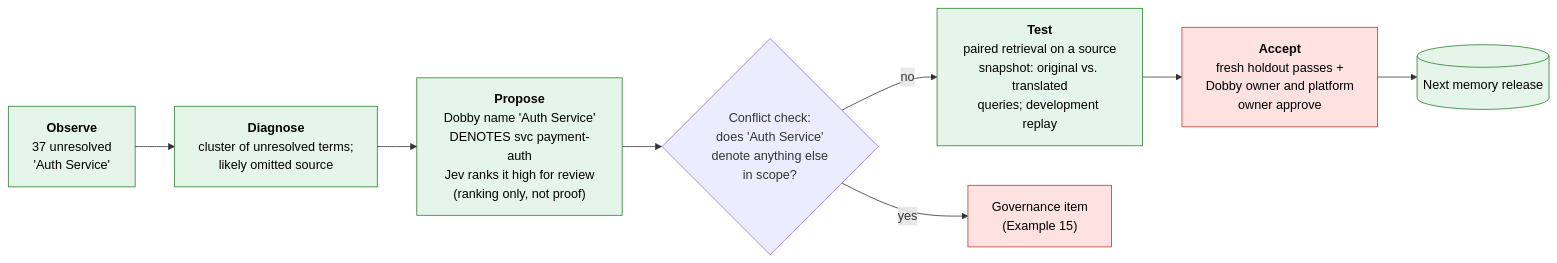
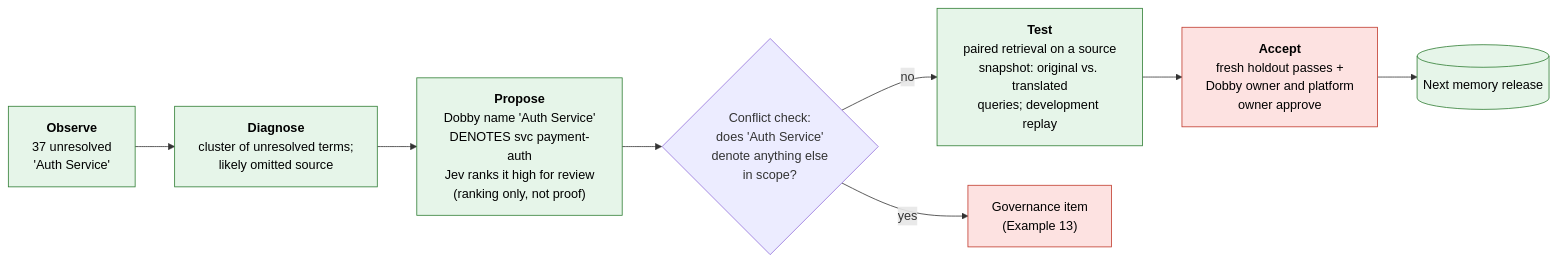
Before and after one commit to arunmenon/sanctum: diagram 12 of 13 in design/intelligence-layer/contracts-and-scenarios.md, drawn with Mermaid. The commit also changed other lines of this file and 11 other files, not shown here.

````diff
--- a/design/intelligence-layer/contracts-and-scenarios.md
+++ b/design/intelligence-layer/contracts-and-scenarios.md
@@ -479,15 +461,15 @@
 ```mermaid
 flowchart LR
     O["<b>Observe</b><br/>37 unresolved<br/>'Auth Service'"] --> D["<b>Diagnose</b><br/>cluster of unresolved terms;<br/>likely omitted source"]
     D --> P["<b>Propose</b><br/>Dobby name 'Auth Service'<br/>DENOTES svc payment-auth<br/>Jev ranks it high for review<br/>(ranking only, not proof)"]
     P --> CK{"Conflict check:<br/>does 'Auth Service'<br/>denote anything else<br/>in scope?"}
     CK -- "no" --> T["<b>Test</b><br/>paired retrieval on a source<br/>snapshot: original vs. translated<br/>queries; development replay"]
-    CK -- "yes" --> G["Governance item<br/>(Example 15)"]
+    CK -- "yes" --> G["Governance item<br/>(Example 13)"]
     T --> A["<b>Accept</b><br/>fresh holdout passes +<br/>Dobby owner and platform<br/>owner approve"]
     A --> R[("Next memory release")]
 
     classDef mem fill:#e6f5e9,stroke:#2e7d32,color:#000
     classDef policy fill:#fde2e1,stroke:#c0392b,color:#000
     class O,D,P,T,R mem
     class A,G policy
 ```
````
